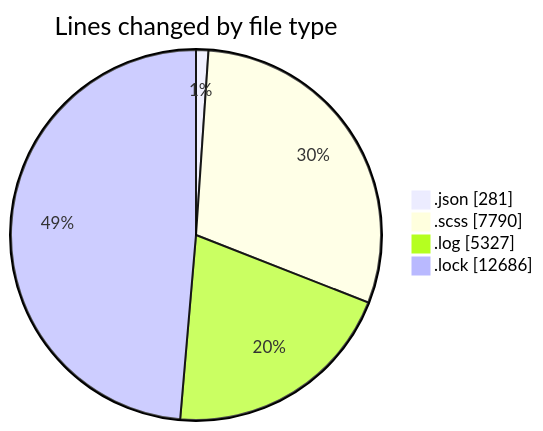
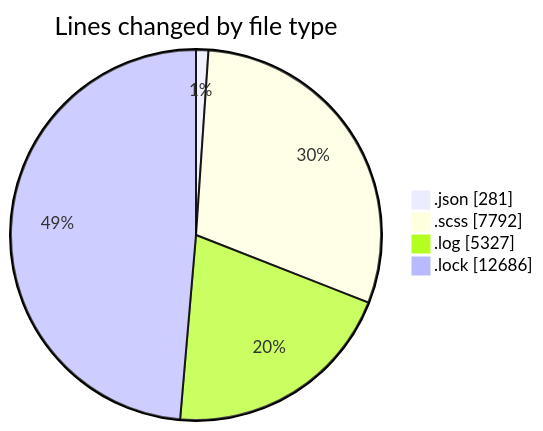
One commit to momahboobian/code-tracking changed the first of 2 diagrams in 2026-01-22/cda/README.md. Above: the diagram before and after it, drawn with Mermaid. The commit also changed other lines of this file and 1 other file, not shown here.

````diff
--- a/2026-01-22/cda/README.md
+++ b/2026-01-22/cda/README.md
@@ -81,8 +81,8 @@
 ```mermaid
 pie showData
 title Lines changed by file type
 ".json" : 281
-".scss" : 7790
+".scss" : 7792
 ".log" : 5327
 ".lock" : 12686
 ```
````
